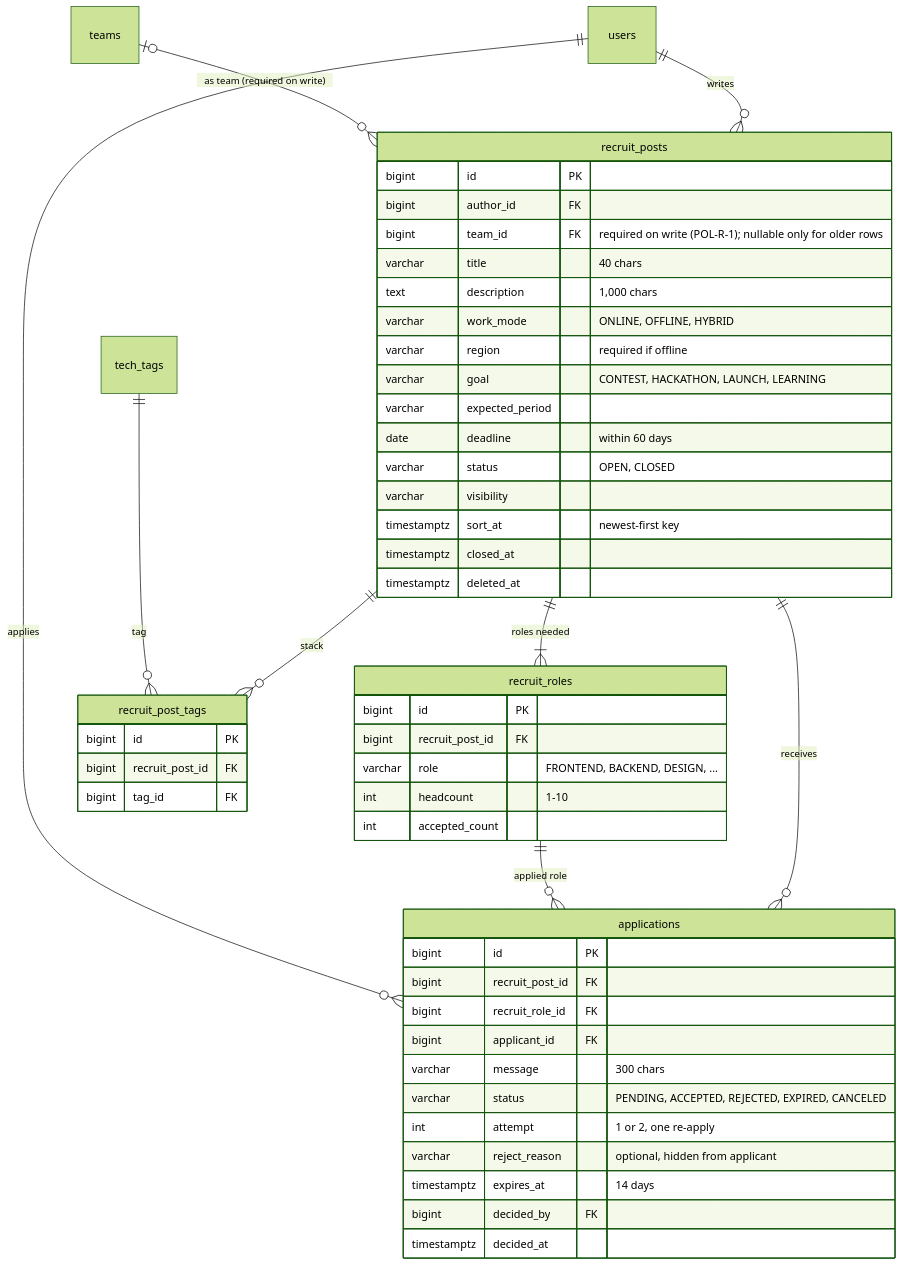
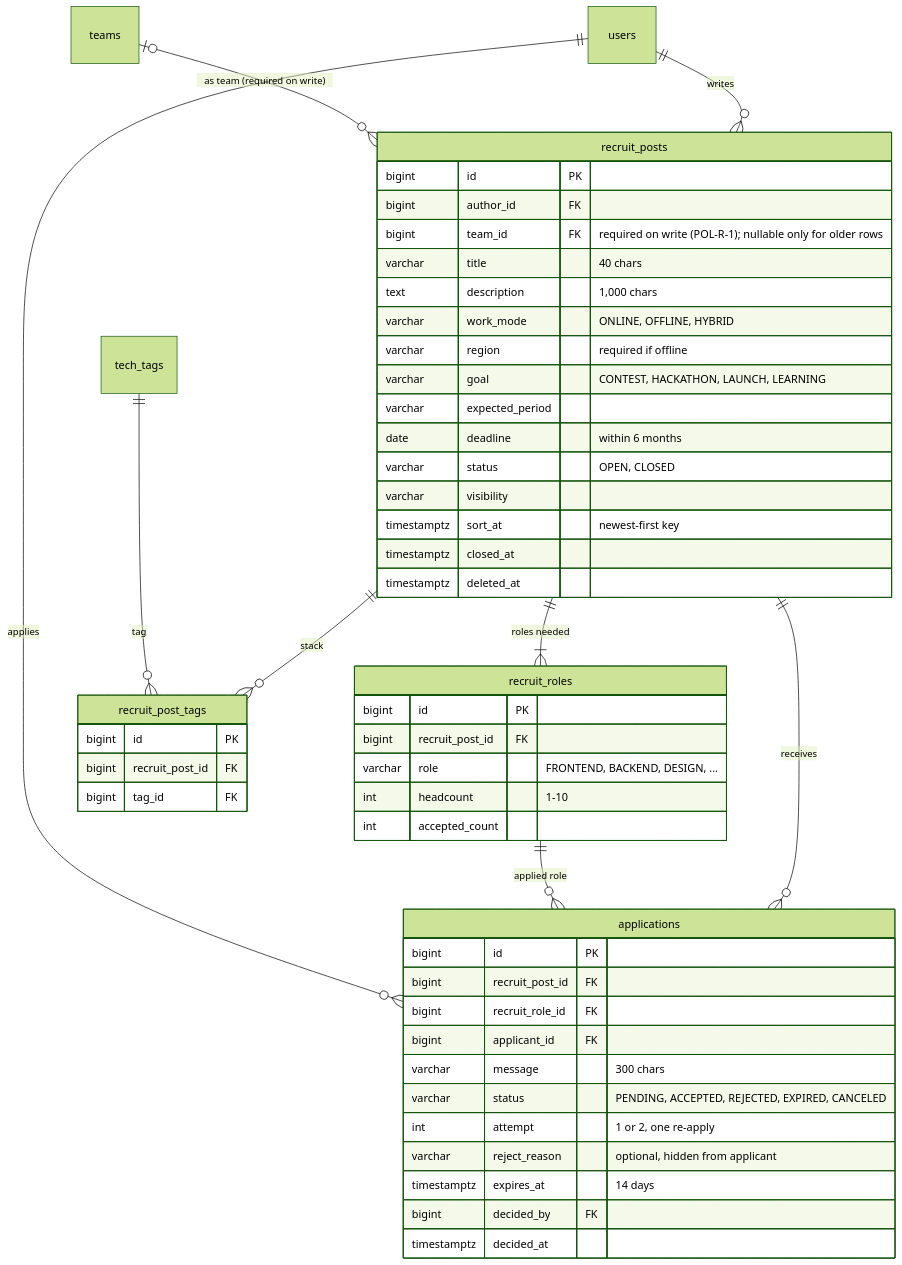
Before and after one commit to likelion-backendschool-9th/Linker: the fourth of 11 diagrams in docs/development/01-erd.md, drawn with Mermaid (forest theme). The commit also changed 21 other files, not shown here.

````diff
--- a/docs/development/01-erd.md
+++ b/docs/development/01-erd.md
@@ -358,54 +358,54 @@
 ```mermaid
 erDiagram
   users ||--o{ recruit_posts : "writes"
   teams |o--o{ recruit_posts : "as team (required on write)"
   recruit_posts ||--|{ recruit_roles : "roles needed"
   recruit_posts ||--o{ recruit_post_tags : "stack"
   tech_tags ||--o{ recruit_post_tags : "tag"
   recruit_posts ||--o{ applications : "receives"
   recruit_roles ||--o{ applications : "applied role"
   users ||--o{ applications : "applies"
 
   recruit_posts {
     bigint id PK
     bigint author_id FK
     bigint team_id FK "required on write (POL-R-1); nullable only for older rows"
     varchar title "40 chars"
     text description "1,000 chars"
     varchar work_mode "ONLINE, OFFLINE, HYBRID"
     varchar region "required if offline"
     varchar goal "CONTEST, HACKATHON, LAUNCH, LEARNING"
     varchar expected_period
-    date deadline "within 60 days"
+    date deadline "within 6 months"
     varchar status "OPEN, CLOSED"
     varchar visibility
     timestamptz sort_at "newest-first key"
     timestamptz closed_at
     timestamptz deleted_at
   }
   recruit_roles {
     bigint id PK
     bigint recruit_post_id FK
     varchar role "FRONTEND, BACKEND, DESIGN, ..."
     int headcount "1-10"
     int accepted_count
   }
   recruit_post_tags {
     bigint id PK
     bigint recruit_post_id FK
     bigint tag_id FK
   }
   applications {
     bigint id PK
     bigint recruit_post_id FK
     bigint recruit_role_id FK
     bigint applicant_id FK
     varchar message "300 chars"
     varchar status "PENDING, ACCEPTED, REJECTED, EXPIRED, CANCELED"
     int attempt "1 or 2, one re-apply"
     varchar reject_reason "optional, hidden from applicant"
     timestamptz expires_at "14 days"
     bigint decided_by FK
     timestamptz decided_at
   }
 ```
````
